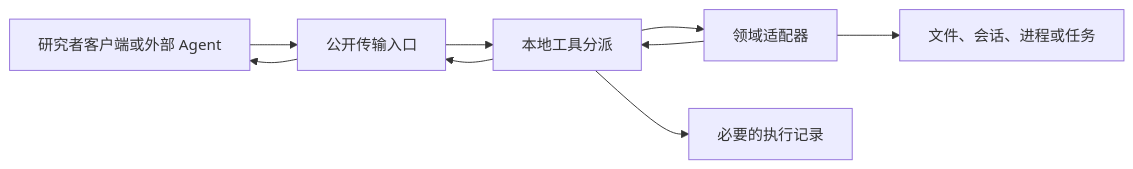
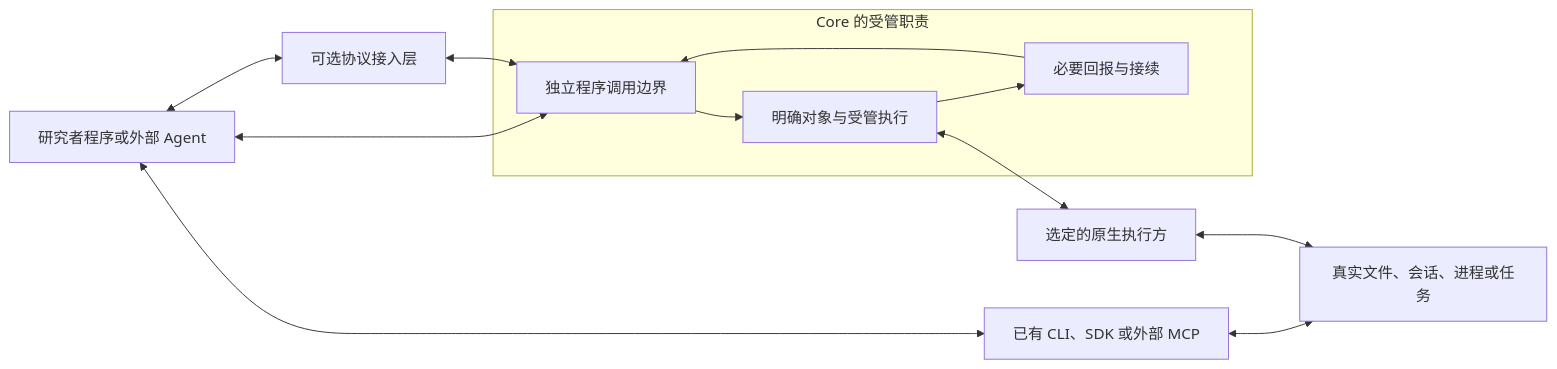
One commit to YuLab-SMU/Rho-core changed the diagram in docs/ARCHITECTURE.md. Above: the diagram before and after it, drawn with Mermaid. The commit also changed other lines of this file and 7 other files, not shown here.

Commit message:
docs(core): separate managed execution from agent composition and adapters

````diff
--- a/docs/ARCHITECTURE.md
+++ b/docs/ARCHITECTURE.md
@@ -11,11 +16,23 @@
 ```mermaid
 flowchart LR
-    Client[研究者客户端或外部 Agent] --> Edge[公开传输入口]
-    Edge --> Call[本地工具分派]
-    Call --> Domain[领域适配器]
-    Domain --> Native[文件、会话、进程或任务]
-    Domain --> Call
-    Call --> Edge
-    Edge --> Client
-    Call --> Receipt[必要的执行记录]
+    Caller[研究者程序或外部 Agent]
+    Tools[已有 CLI、SDK 或外部 MCP]
+    Edge[可选协议接入层]
+    subgraph Core[Core 的受管职责]
+        API[独立程序调用边界]
+        Run[明确对象与受管执行]
+        Result[必要回报与接续]
+        API --> Run
+        Run --> Result
+        Result --> API
+    end
+    Owner[选定的原生执行方]
+    Native[真实文件、会话、进程或任务]
+    Caller <--> Tools
+    Tools <--> Native
+    Caller <--> API
+    Caller <--> Edge
+    Edge <--> API
+    Run <--> Owner
+    Owner <--> Native
 ```
````
